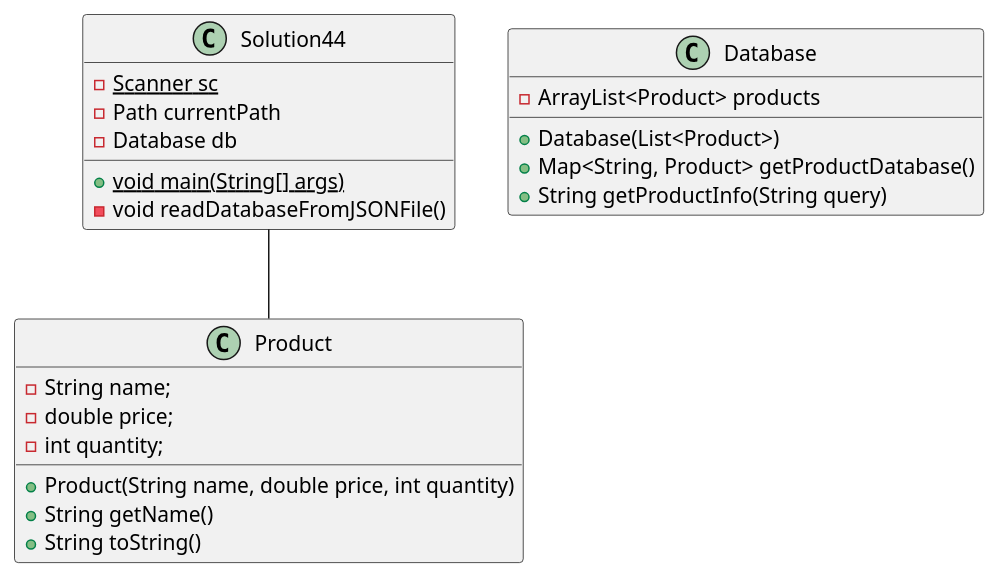
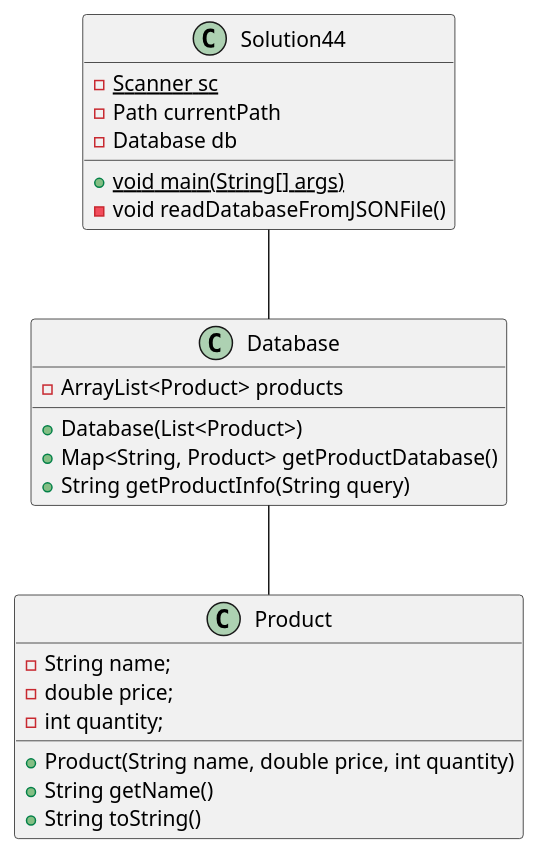
Before and after one commit to ethandrzb/thomas-a04: the diagram in exercise44/docs/class_diagram.puml, drawn with PlantUML. The commit also changed 4 other files, not shown here.

```diff
--- a/exercise44/docs/class_diagram.puml
+++ b/exercise44/docs/class_diagram.puml
@@ -1,36 +1,37 @@
 @startuml
 'https://plantuml.com/class-diagram
 
 class Solution44
 {
     -{static} Scanner sc
     -Path currentPath
     -Database db
 
     +{static} void main(String[] args)
     -void readDatabaseFromJSONFile()
 }
 
 class Database
 {
     -ArrayList<Product> products
 
     +Database(List<Product>)
     +Map<String, Product> getProductDatabase()
     +String getProductInfo(String query)
 }
 
 class Product
 {
     -String name;
     -double price;
     -int quantity;
 
     +Product(String name, double price, int quantity)
     +String getName()
     +String toString()
 }
 
-Solution44 -- Product
+Solution44 -- Database
+Database -- Product
 
 @enduml
```
